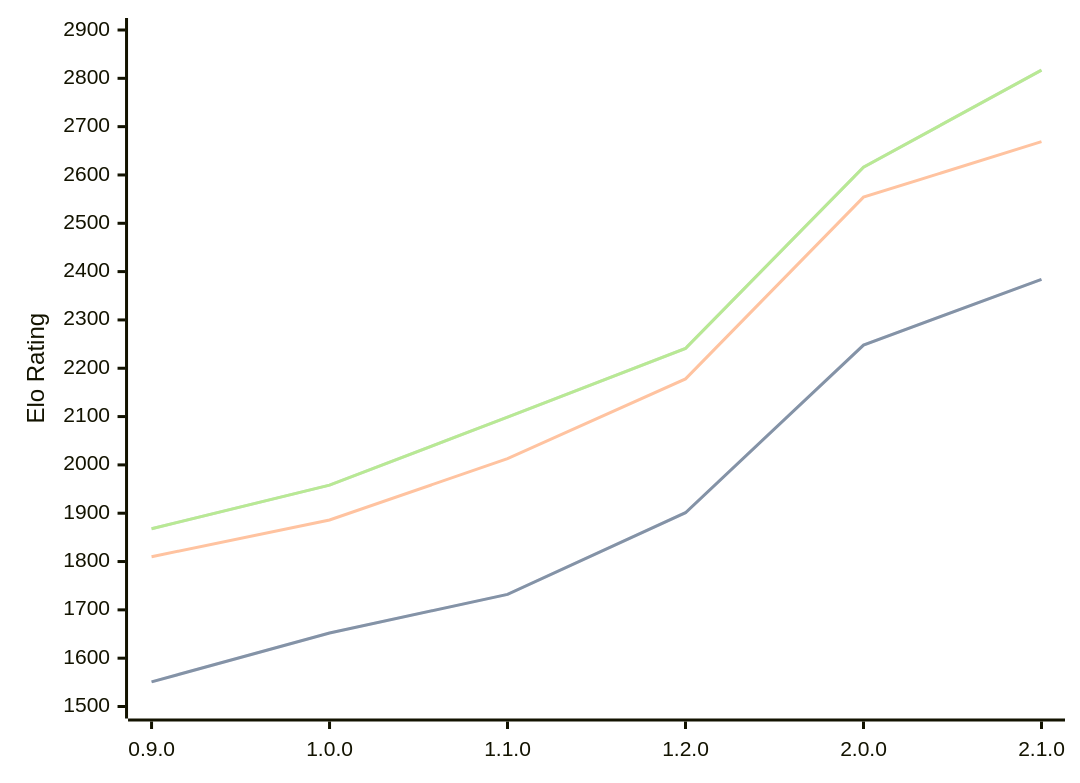
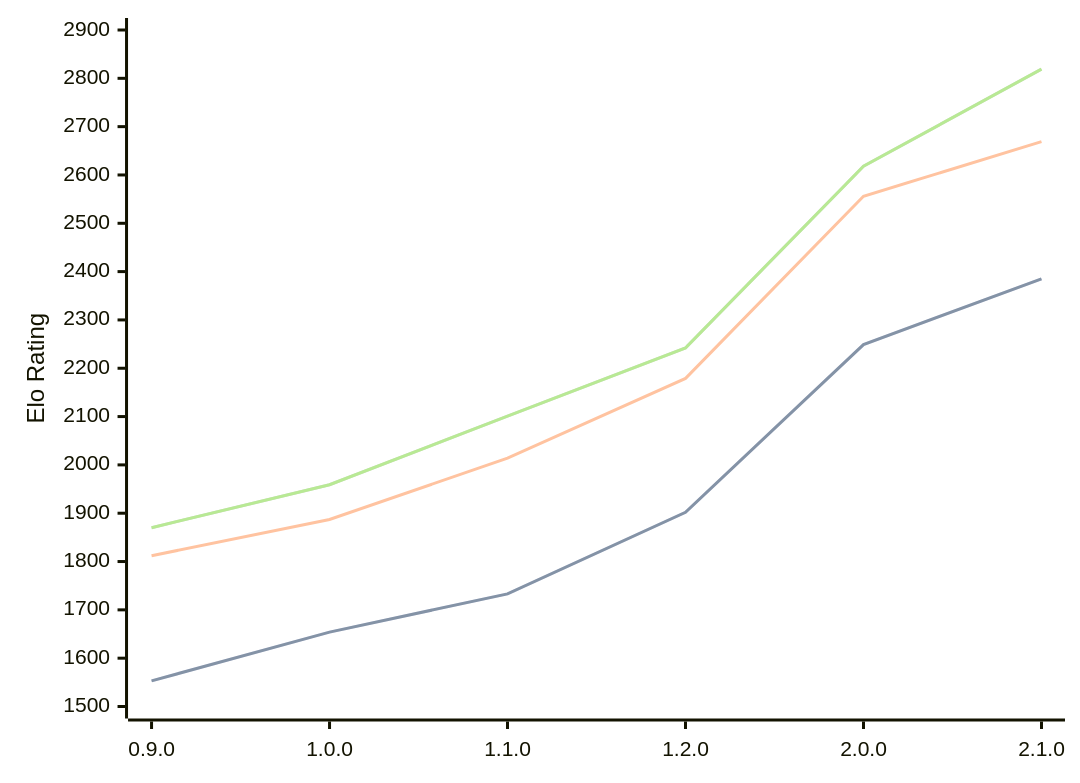
One commit to computer-chess-index/cci changed the diagram in engines/Ratsu.md. Above: the diagram before and after it, drawn with Mermaid. The commit also changed other lines of this file, not shown here.

Commit message:
Update CCI Ratings (ELO VLTC) - 2026-10-09

````diff
--- a/engines/Ratsu.md
+++ b/engines/Ratsu.md
@@ -36,11 +36,11 @@
 ```mermaid
 %%{init: {"theme":"base","themeVariables":{"seriesColors:['#a3a3a3','#222221','#faa371']}}}%%
 xychart-beta
   x-axis ["0.9.0", "1.0.0", "1.1.0", "1.2.0", "2.0.0", "2.1.0"]
   y-axis "Elo Rating" 1500 --> 2900
-  line "" [1551, 1652, 1732, 1901, 2248, 2384]
-  line "STC (8.0+0.08s)" [1551, 1652, 1732, 1901, 2248, 2384]
-  line "LTC (60.0+0.60s)" [1810, 1886, 2013, 2178, 2554, 2669]
-  line "" [1868, 1958, 2099, 2241, 2616, 2817]
-  line "VLTC (2m24s+1.12s)" [1868, 1958, 2099, 2241, 2616, 2817]
+  line "" [1553, 1654, 1733, 1902, 2249, 2385]
+  line "STC (8.0+0.08s)" [1553, 1654, 1733, 1902, 2249, 2385]
+  line "LTC (60.0+0.60s)" [1812, 1887, 2014, 2179, 2556, 2669]
+  line "" [1870, 1959, 2101, 2242, 2618, 2819]
+  line "VLTC (2m24s+1.12s)" [1870, 1959, 2101, 2242, 2618, 2819]
 ```
````
